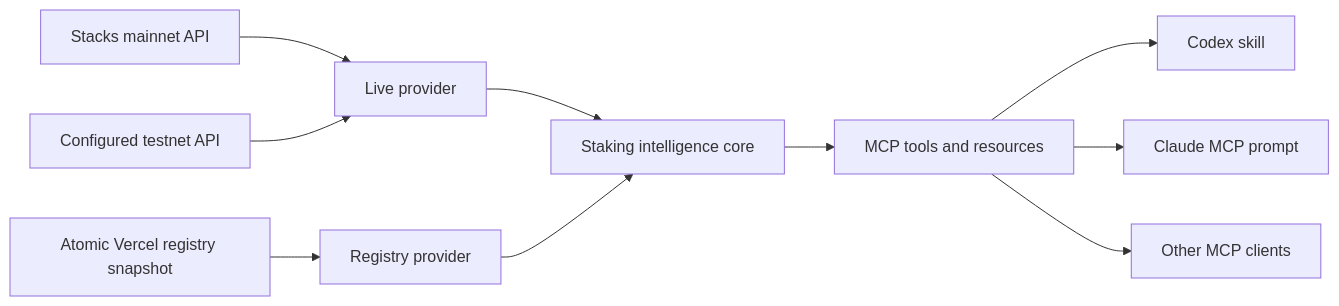
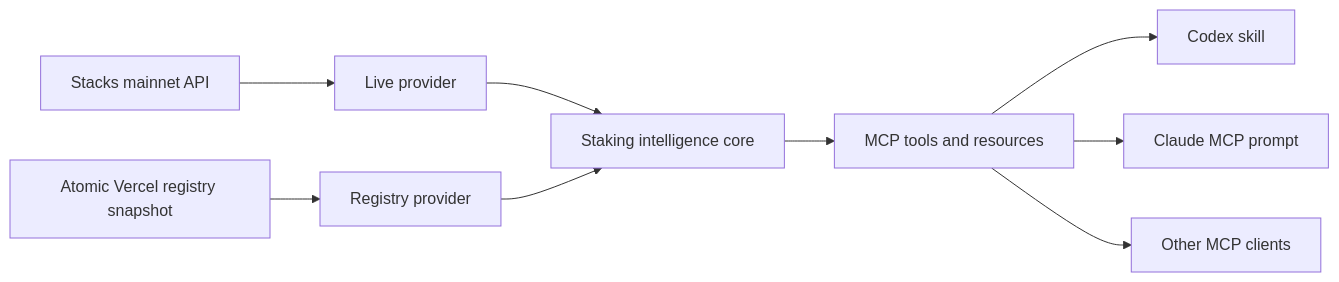
Before and after one commit to andre-stacks/bitcoin-staking-mcp: the diagram in docs/TECHNICAL_SPEC.md, drawn with Mermaid. The commit also changed other lines of this file and 36 other files, not shown here.

````diff
--- a/docs/TECHNICAL_SPEC.md
+++ b/docs/TECHNICAL_SPEC.md
@@ -5,12 +5,11 @@
 ```mermaid
 flowchart LR
   A["Stacks mainnet API"] --> P["Live provider"]
-  T["Configured testnet API"] --> P
   B["Atomic Vercel registry snapshot"] --> M["Registry provider"]
   P --> C["Staking intelligence core"]
   M --> C
   C --> S["MCP tools and resources"]
   S --> X["Codex skill"]
   S --> Y["Claude MCP prompt"]
   S --> Z["Other MCP clients"]
 ```
````
